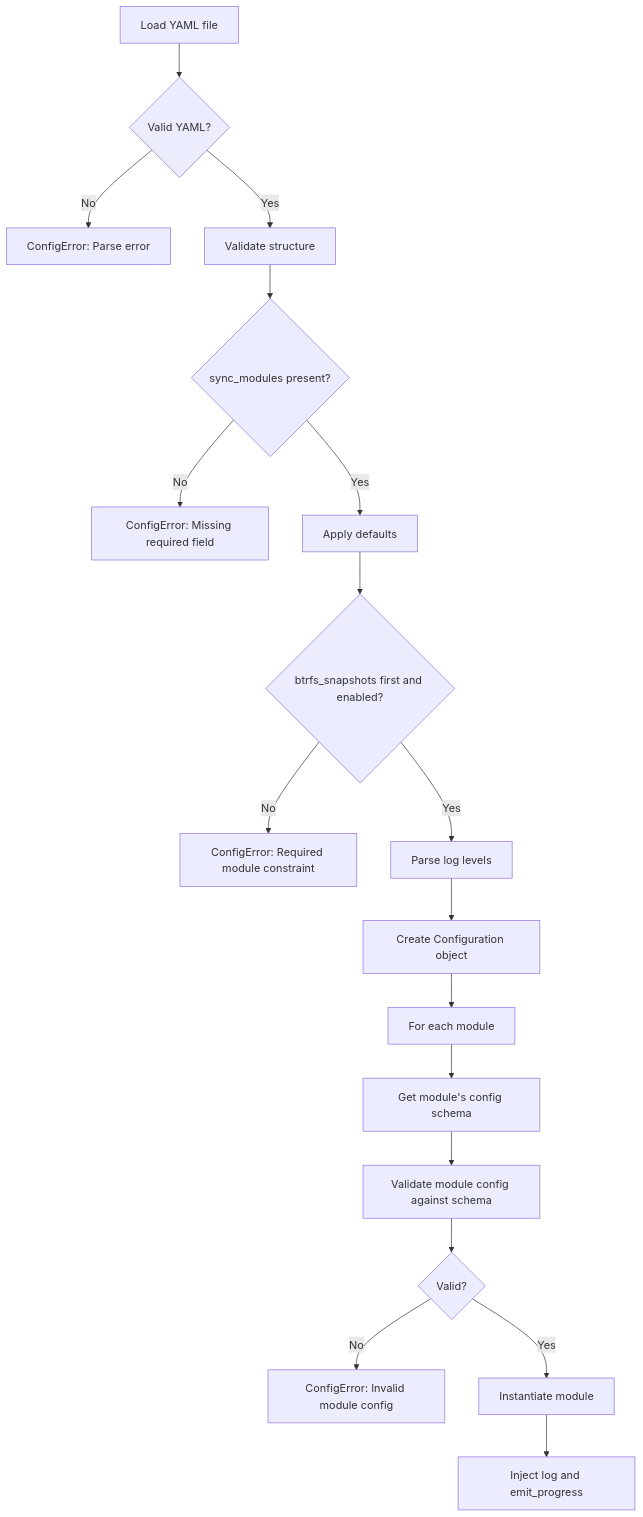
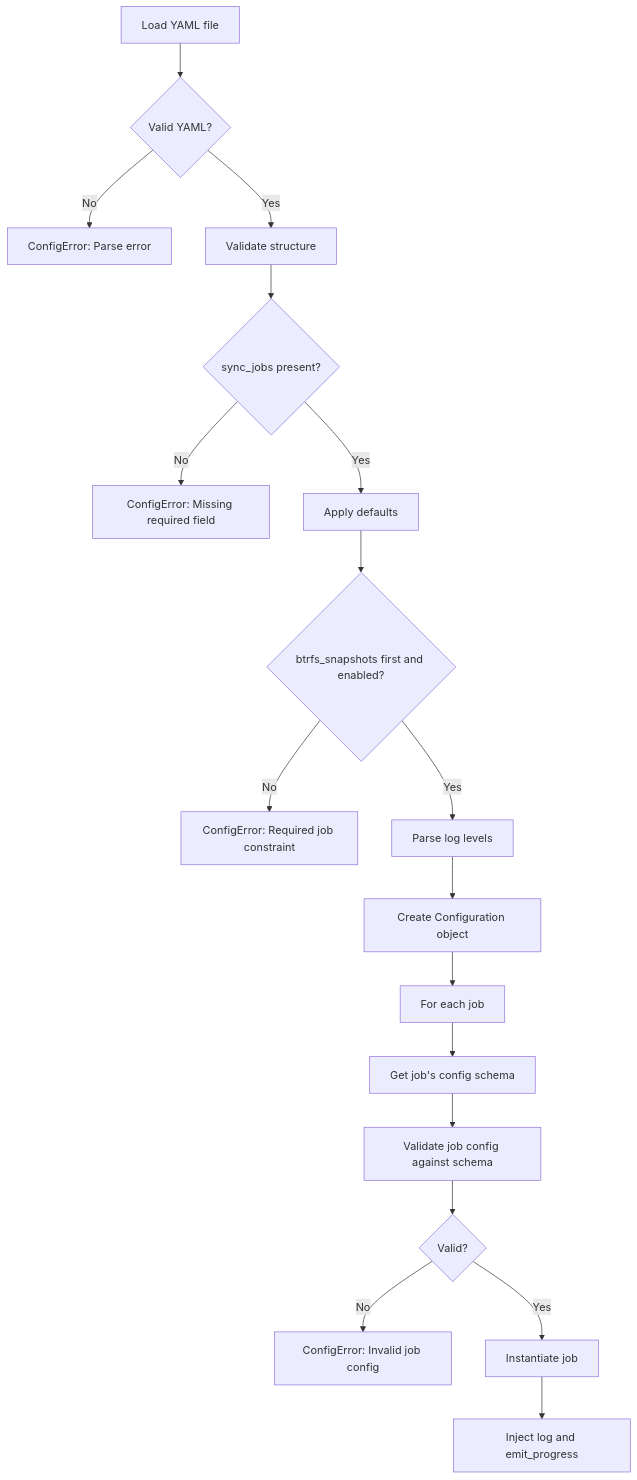
One commit to flaksit/pc-switcher changed the fifth of 13 diagrams in ARCHITECTURE.md. Above: the diagram before and after it, drawn with Mermaid. The commit also changed other lines of this file and 39 other files, not shown here.

Commit message:
rename Module to Job

````diff
--- a/ARCHITECTURE.md
+++ b/ARCHITECTURE.md
@@ -173,20 +173,20 @@
 ```mermaid
 flowchart TD
     A[Load YAML file] --> B{Valid YAML?}
     B -- No --> E1[ConfigError: Parse error]
     B -- Yes --> C[Validate structure]
-    C --> D{sync_modules present?}
+    C --> D{sync_jobs present?}
     D -- No --> E2[ConfigError: Missing required field]
     D -- Yes --> F[Apply defaults]
     F --> G{btrfs_snapshots first and enabled?}
-    G -- No --> E3[ConfigError: Required module constraint]
+    G -- No --> E3[ConfigError: Required job constraint]
     G -- Yes --> H[Parse log levels]
     H --> I[Create Configuration object]
-    I --> J[For each module]
-    J --> K[Get module's config schema]
-    K --> L[Validate module config against schema]
+    I --> J[For each job]
+    J --> K[Get job's config schema]
+    K --> L[Validate job config against schema]
     L --> M{Valid?}
-    M -- No --> E4[ConfigError: Invalid module config]
-    M -- Yes --> N[Instantiate module]
+    M -- No --> E4[ConfigError: Invalid job config]
+    M -- Yes --> N[Instantiate job]
     N --> O[Inject log and emit_progress]
 ```
````
